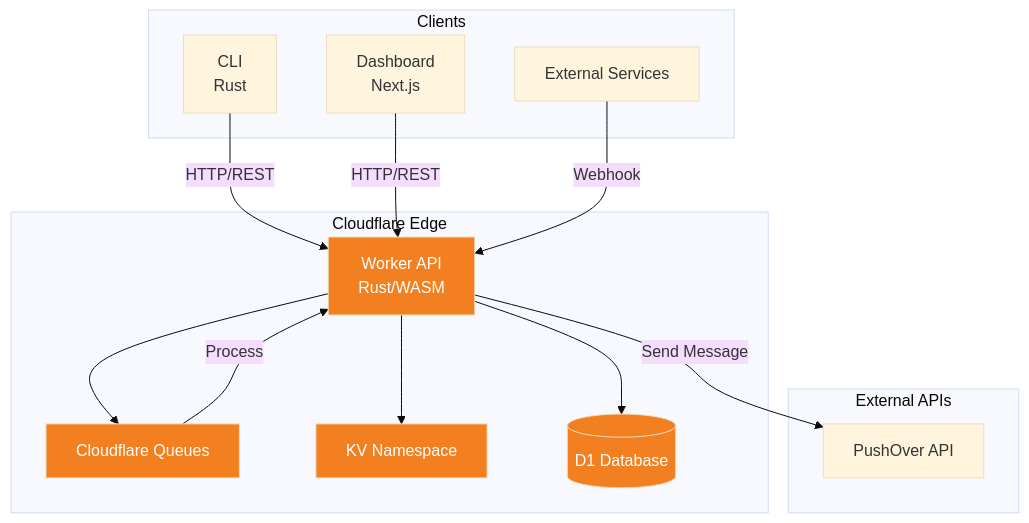
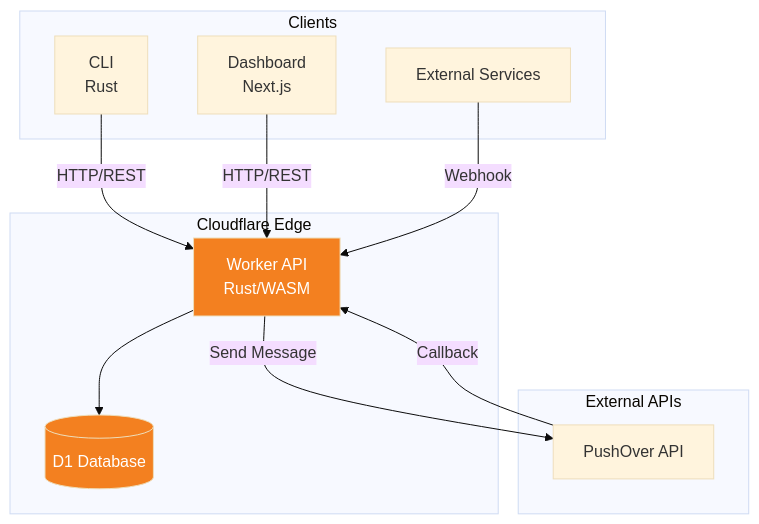
Before and after one commit to deuxksy/PushOver: the first of 5 diagrams in README.md, drawn with Mermaid (base theme). The commit also changed other lines of this file, not shown here.

````diff
--- a/README.md
+++ b/README.md
@@ -11,35 +11,28 @@
 ```mermaid
 graph TB
     subgraph Clients
         CLI[CLI<br/>Rust]
         DASH[Dashboard<br/>Next.js]
         EXT[External Services]
     end
 
     subgraph "Cloudflare Edge"
         WORKER[Worker API<br/>Rust/WASM]
-        QUEUE[Cloudflare Queues]
-        KV[KV Namespace]
         D1[(D1 Database)]
     end
 
     subgraph "External APIs"
         PO[PushOver API]
     end
 
     CLI -->|HTTP/REST| WORKER
     DASH -->|HTTP/REST| WORKER
     EXT -->|Webhook| WORKER
 
-    WORKER --> QUEUE
     WORKER --> D1
-    WORKER --> KV
-
-    QUEUE -->|Process| WORKER
     WORKER -->|Send Message| PO
+    PO -->|Callback| WORKER
 
     style WORKER fill:#f38020,color:#fff
     style D1 fill:#f38020,color:#fff
-    style KV fill:#f38020,color:#fff
-    style QUEUE fill:#f38020,color:#fff
 ```
````
